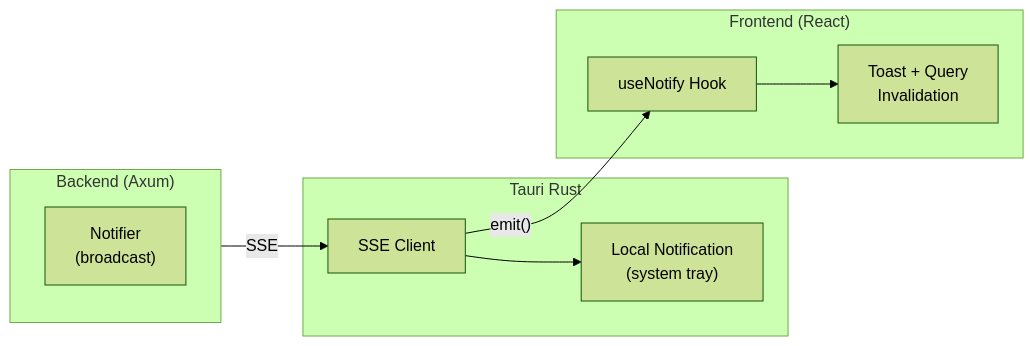
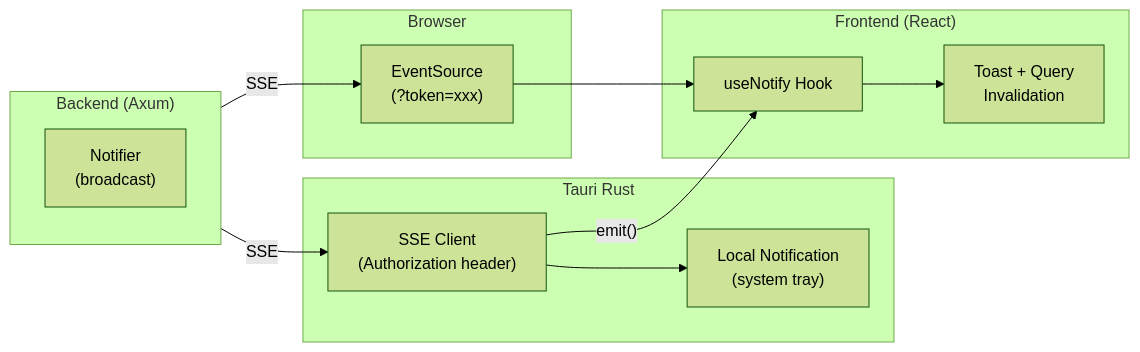
The first of 2 diagrams in docs/dev-notes/realtime-notifications.md (yexiyue/Stitchwork), drawn with Mermaid (forest theme) before and after one commit. The commit also changed other lines of this file and 42 other files, not shown here.

````diff
--- a/docs/dev-notes/realtime-notifications.md
+++ b/docs/dev-notes/realtime-notifications.md
@@ -7,21 +7,27 @@
 ```mermaid
 flowchart LR
     subgraph Backend["Backend (Axum)"]
         Notifier["Notifier<br/>(broadcast)"]
     end
 
     subgraph Tauri["Tauri Rust"]
-        SSE["SSE Client"]
+        SSE_T["SSE Client<br/>(Authorization header)"]
         Notify["Local Notification<br/>(system tray)"]
+    end
+
+    subgraph Browser["Browser"]
+        SSE_B["EventSource<br/>(?token=xxx)"]
     end
 
     subgraph Frontend["Frontend (React)"]
         Hook["useNotify Hook"]
         Toast["Toast + Query<br/>Invalidation"]
     end
 
-    Backend -->|SSE| SSE
-    SSE --> Notify
-    SSE -->|"emit()"| Hook
+    Backend -->|SSE| SSE_T
+    Backend -->|SSE| SSE_B
+    SSE_T --> Notify
+    SSE_T -->|"emit()"| Hook
+    SSE_B --> Hook
     Hook --> Toast
 ```
````
